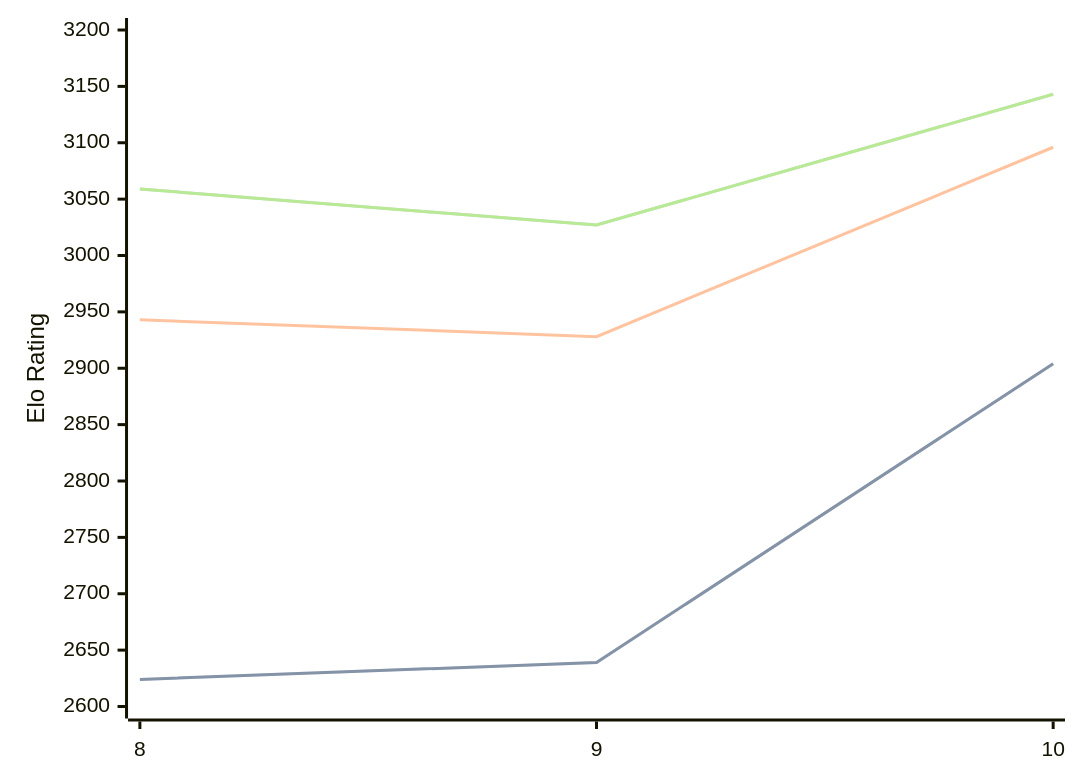
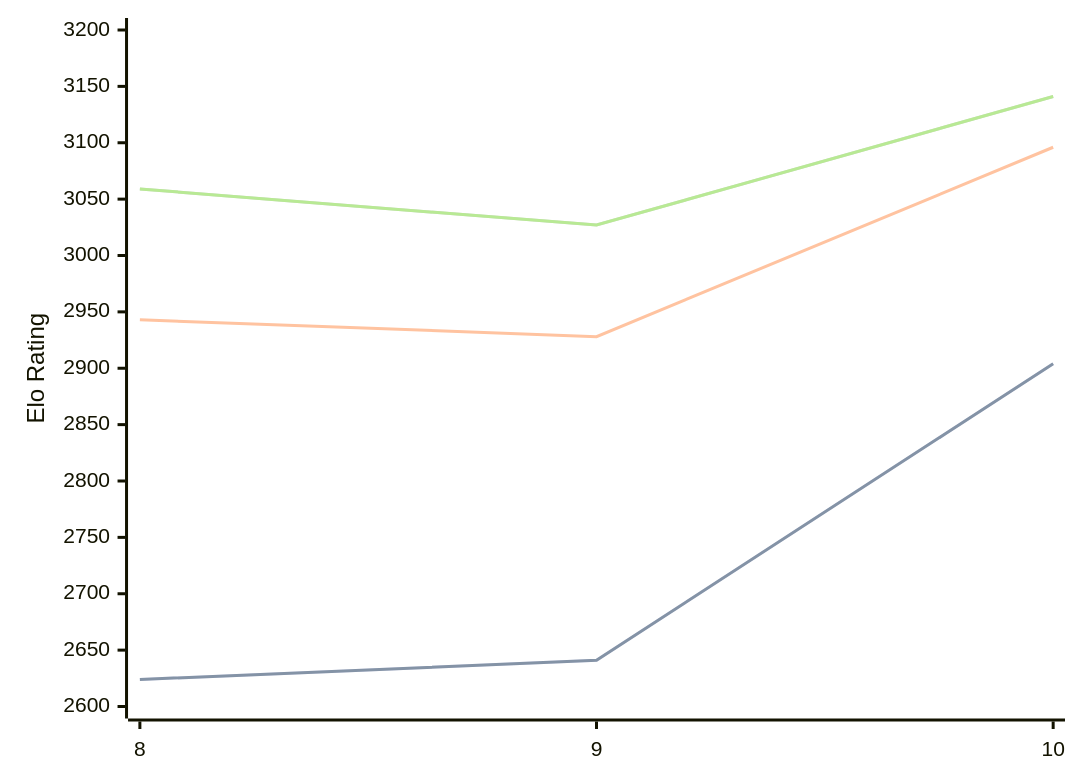
Before and after one commit to computer-chess-index/cci: the diagram in engines/Lozza.md, drawn with Mermaid. The commit also changed other lines of this file, not shown here.

Commit message:
Update CCI Ratings (ELO VLTC) - 2026-03-26

````diff
--- a/engines/Lozza.md
+++ b/engines/Lozza.md
@@ -41,11 +41,11 @@
 ```mermaid
 %%{init: {"theme":"base","themeVariables":{"seriesColors:['#a3a3a3','#222221','#faa371']}}}%%
 xychart-beta
   x-axis ["8", "9", "10"]
   y-axis "Elo Rating" 2600 --> 3200
-  line "STC (8.0+0.08s)" [2624, 2639, 2904]
-  line "STC (8.0+0.08s)" [2624, 2639, 2904]
+  line "STC (8.0+0.08s)" [2624, 2641, 2904]
+  line "STC (8.0+0.08s)" [2624, 2641, 2904]
   line "LTC (60.0+0.60s)" [2943, 2928, 3096]
-  line "VLTC (2m24s+1.12s)" [3059, 3027, 3143]
-  line "VLTC (2m24s+1.12s)" [3059, 3027, 3143]
+  line "VLTC (2m24s+1.12s)" [3059, 3027, 3141]
+  line "VLTC (2m24s+1.12s)" [3059, 3027, 3141]
 ```
````
